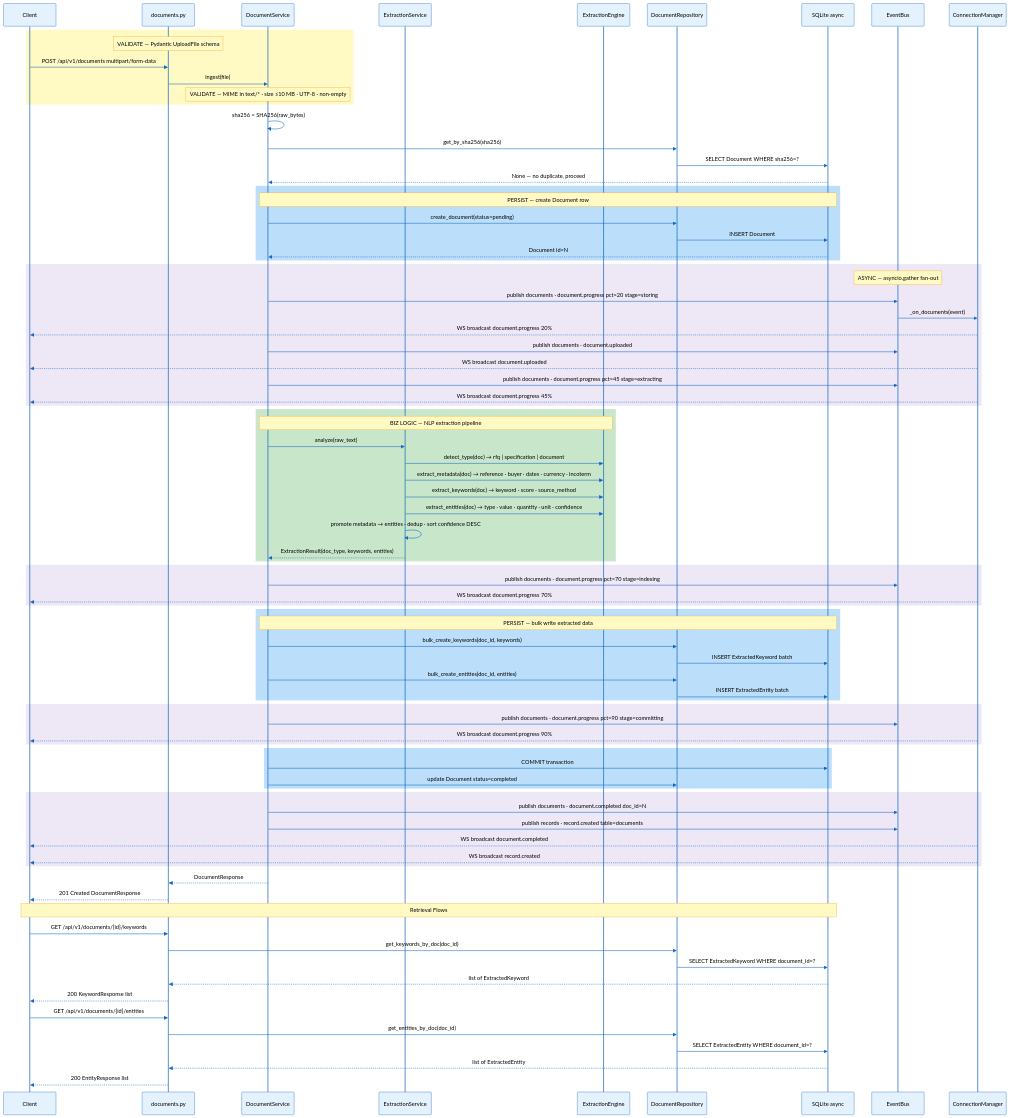
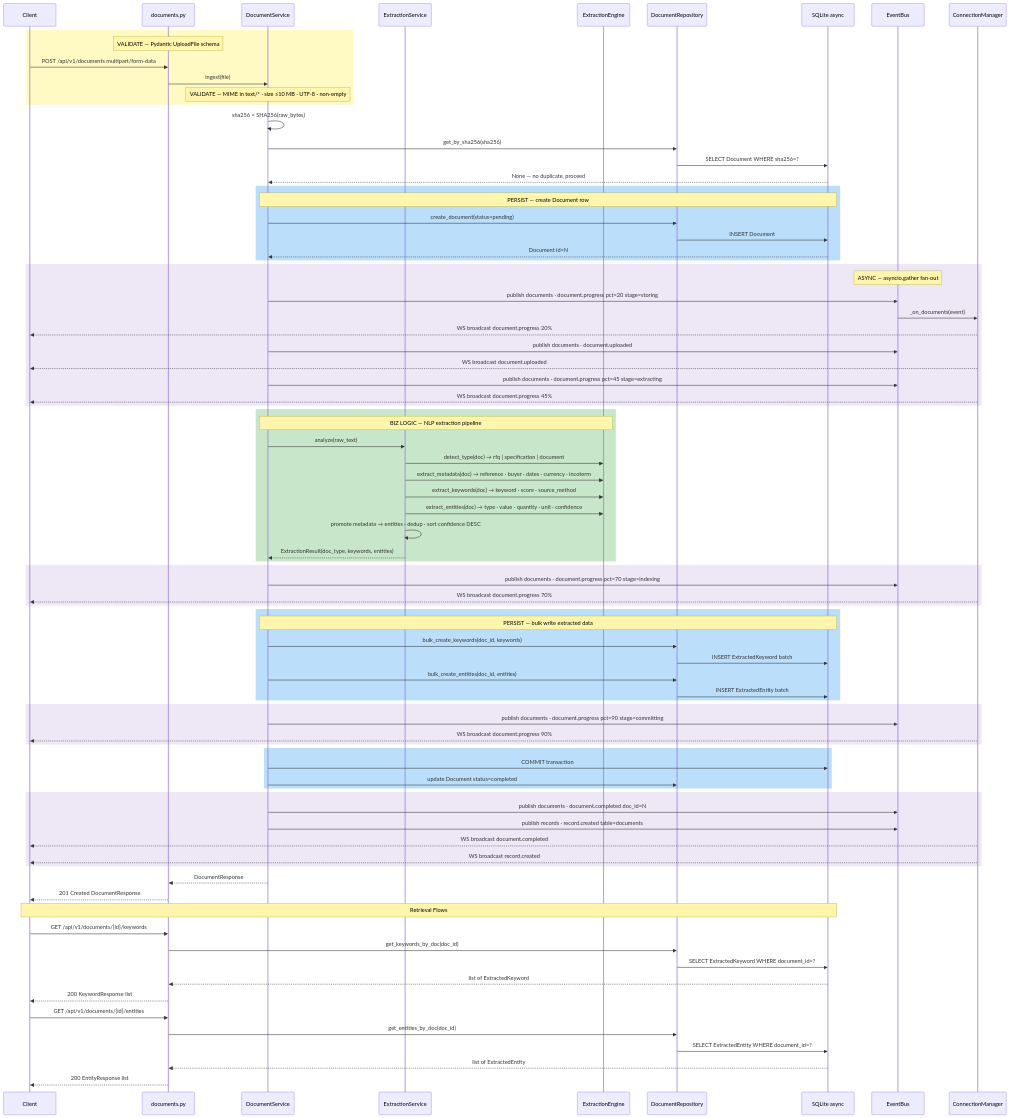
One commit to EsraaRMashaal/dataisource-takehome changed the second of 5 diagrams in docs/diagram-requirements.md. Above: the diagram before and after it, drawn with Mermaid. The commit also changed other lines of this file and 12 other files, not shown here.

````diff
--- a/docs/diagram-requirements.md
+++ b/docs/diagram-requirements.md
@@ -155,5 +154,4 @@
 ```mermaid
-%%{init: {'theme': 'base', 'themeVariables': {'actorBkg': '#E3F2FD', 'actorBorder': '#1565C0', 'actorTextColor': '#000000', 'signalColor': '#1565C0', 'signalTextColor': '#000000', 'noteBkgColor': '#FFF9C4', 'noteTextColor': '#000000', 'noteBorderColor': '#F9A825', 'labelBoxBkgColor': '#E8F5E9', 'labelBoxBorderColor': '#43A047', 'activationBkgColor': '#BBDEFB', 'activationBorderColor': '#1565C0', 'sequenceNumberColor': '#000000'}}}%%
 sequenceDiagram
     participant C  as Client
     participant EP as documents.py
````
